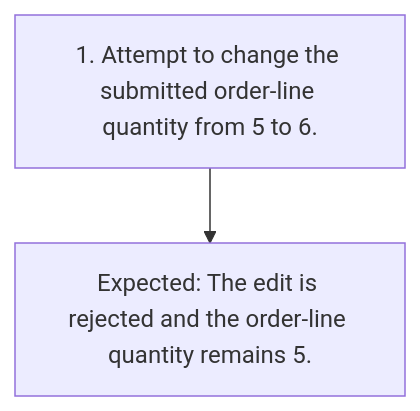
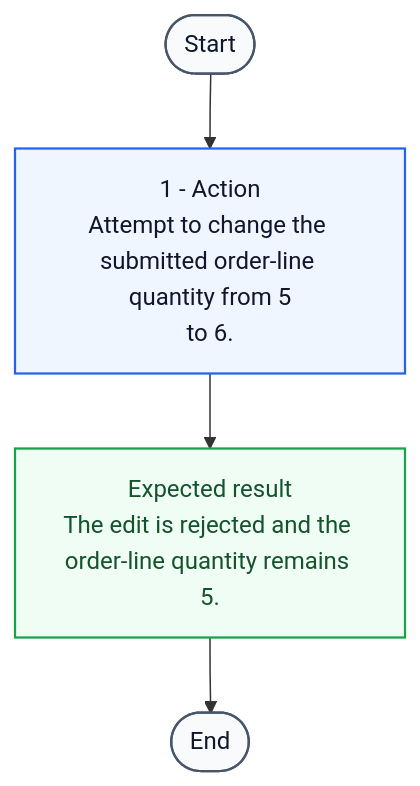
Before and after one commit to Soturine/functional-test-designer: the diagram in examples/expected-output/test-cases-md/TC-007.md, drawn with Mermaid. The commit also changed 17 other files, not shown here.

Commit message:
feat: improve offline mermaid test flows

````diff
--- a/examples/expected-output/test-cases-md/TC-007.md
+++ b/examples/expected-output/test-cases-md/TC-007.md
@@ -37,6 +37,18 @@
 ```mermaid
 flowchart TD
-    A1["1. Attempt to change the submitted order-line quantity from 5 to 6."]
-    E1["Expected: The edit is rejected and the order-line quantity remains 5."]
-    A1 --> E1
+    S([Start])
+    A1["1 - Action<br/>Attempt to change the submitted order-line quantity from 5<br/>to 6."]
+    R1["Expected result<br/>The edit is rejected and the order-line quantity remains 5."]
+    F([End])
+
+    S --> A1 --> R1 --> F
+
+    classDef startEnd fill:#f8fafc,stroke:#475569,stroke-width:1.5px,color:#0f172a;
+    classDef action fill:#eff6ff,stroke:#2563eb,stroke-width:1.5px,color:#0f172a;
+    classDef expected fill:#f0fdf4,stroke:#16a34a,stroke-width:1.5px,color:#14532d;
+    classDef clarification fill:#fff7ed,stroke:#ea580c,stroke-width:1.5px,color:#7c2d12,stroke-dasharray:4 3;
+
+    class S,F startEnd;
+    class A1 action;
+    class R1 expected;
 ```
````
